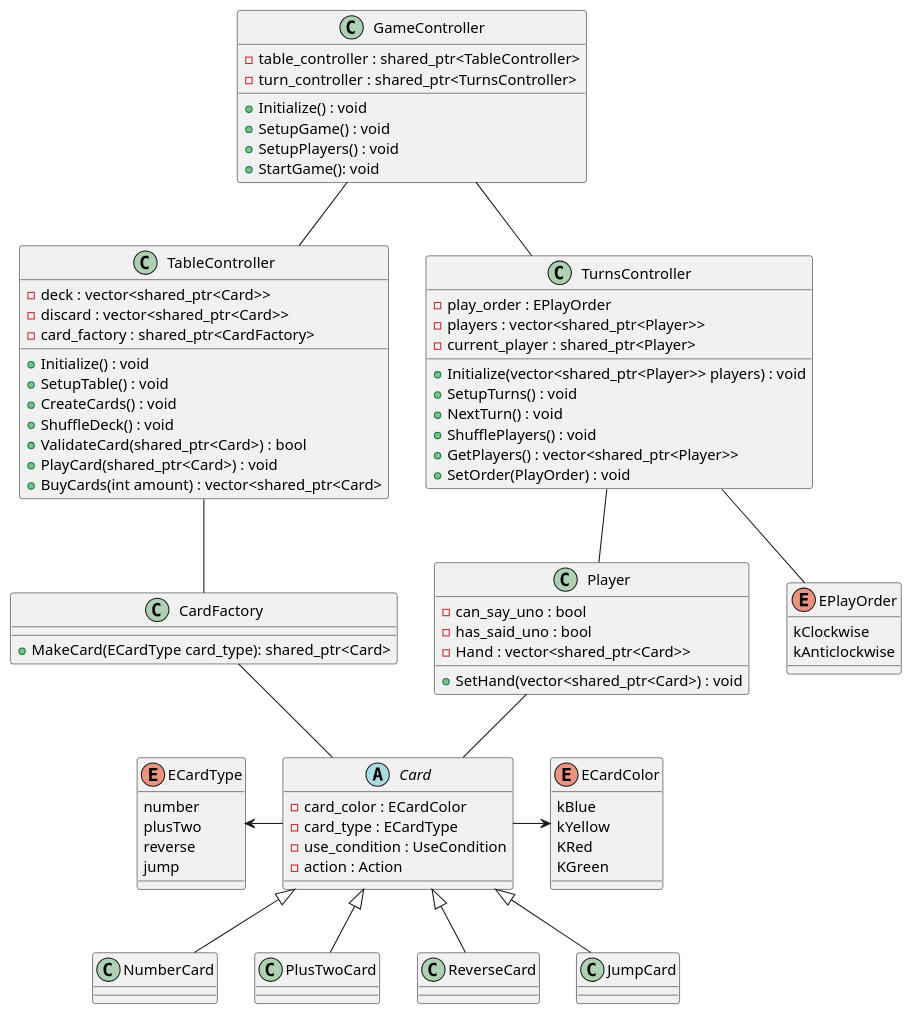
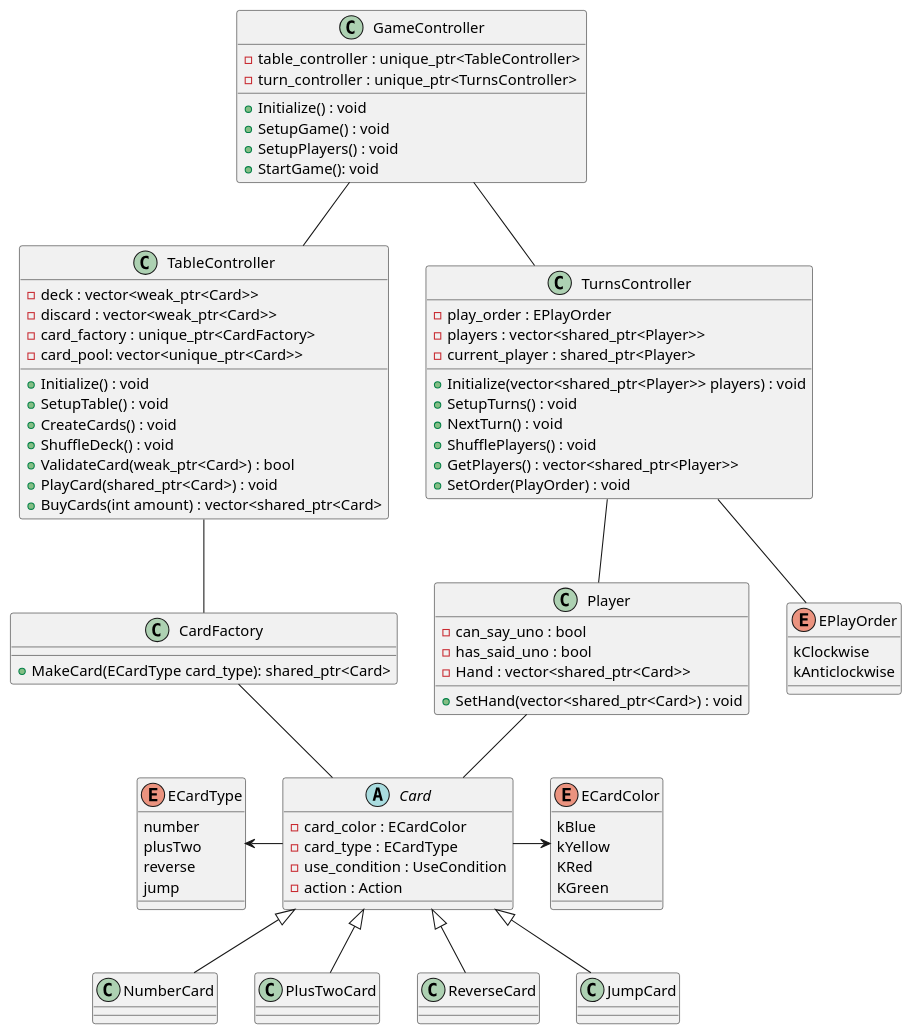
One commit to duducorvao/UnoLikeCPP changed the diagram in Documentation/Architecture.puml. Above: the diagram before and after it, drawn with PlantUML. The commit also changed 16 other files, not shown here.

```diff
--- a/Documentation/Architecture.puml
+++ b/Documentation/Architecture.puml
@@ -1,106 +1,107 @@
 @startuml
 'https://plantuml.com/class-diagram
 
 class GameController {
-- table_controller : shared_ptr<TableController>
-- turn_controller : shared_ptr<TurnsController>
+- table_controller : unique_ptr<TableController>
+- turn_controller : unique_ptr<TurnsController>
 
 + Initialize() : void
 + SetupGame() : void
 + SetupPlayers() : void
 + StartGame(): void
 }
 
 class TableController{
-- deck : vector<shared_ptr<Card>>
-- discard : vector<shared_ptr<Card>>
-- card_factory : shared_ptr<CardFactory>
+- deck : vector<weak_ptr<Card>>
+- discard : vector<weak_ptr<Card>>
+- card_factory : unique_ptr<CardFactory>
+- card_pool: vector<unique_ptr<Card>>
 
 + Initialize() : void
 + SetupTable() : void
 + CreateCards() : void
 + ShuffleDeck() : void
-+ ValidateCard(shared_ptr<Card>) : bool
++ ValidateCard(weak_ptr<Card>) : bool
 + PlayCard(shared_ptr<Card>) : void
 + BuyCards(int amount) : vector<shared_ptr<Card>
 }
 
 class TurnsController{
 - play_order : EPlayOrder
 - players : vector<shared_ptr<Player>>
 - current_player : shared_ptr<Player>
 
 + Initialize(vector<shared_ptr<Player>> players) : void
 + SetupTurns() : void
 + NextTurn() : void
 + ShufflePlayers() : void
 + GetPlayers() : vector<shared_ptr<Player>>
 + SetOrder(PlayOrder) : void
 }
 
 class Player{
 - can_say_uno : bool
 - has_said_uno : bool
 - Hand : vector<shared_ptr<Card>>
 
 + SetHand(vector<shared_ptr<Card>) : void
 }
 
 class CardFactory{
 + MakeCard(ECardType card_type): shared_ptr<Card>
 }
 
 abstract Card{
 - card_color : ECardColor
 - card_type : ECardType
 - use_condition : UseCondition
 - action : Action
 }
 
 class NumberCard extends Card{
 }
 
 class PlusTwoCard extends Card{
 }
 
 class ReverseCard extends Card{
 }
 
 class JumpCard extends Card{
 }
 
 enum ECardColor {
 kBlue
 kYellow
 KRed
 KGreen
 }
 
 enum ECardType {
 number
 plusTwo
 reverse
 jump
 }
 
 enum EPlayOrder{
 kClockwise
 kAnticlockwise
 }
 
 GameController -- TableController
 GameController -- TurnsController
 
 TableController -- CardFactory
 
 TurnsController -- EPlayOrder
 TurnsController -- Player
 
 Card -> ECardColor
 ECardType <- Card
 
 Player -- Card
 
 CardFactory -- Card
 
 @enduml
```
